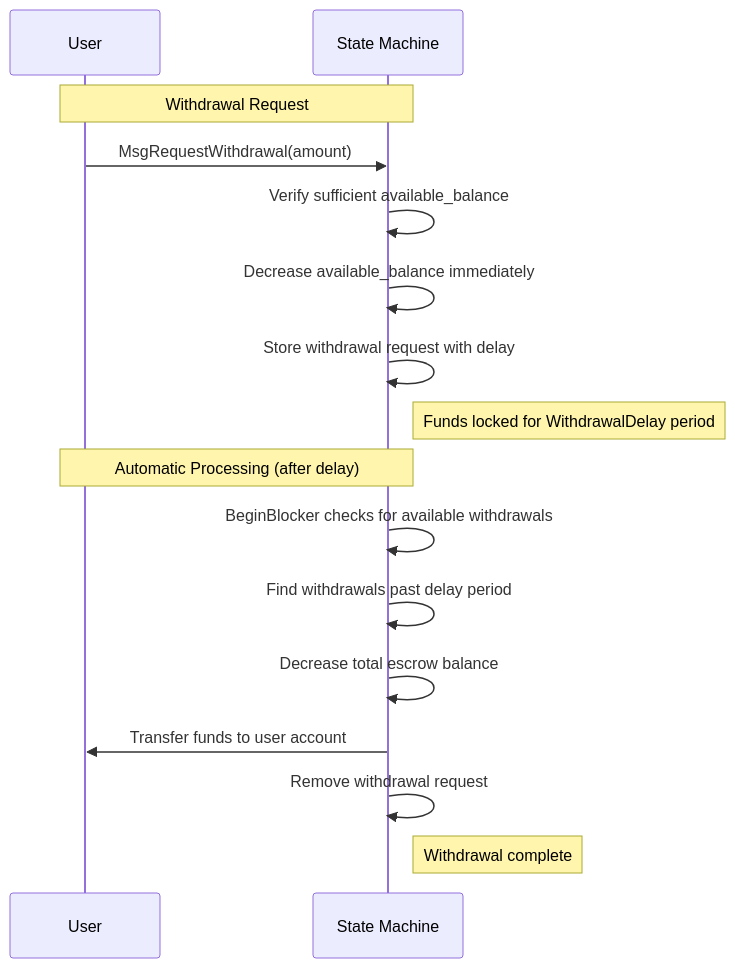
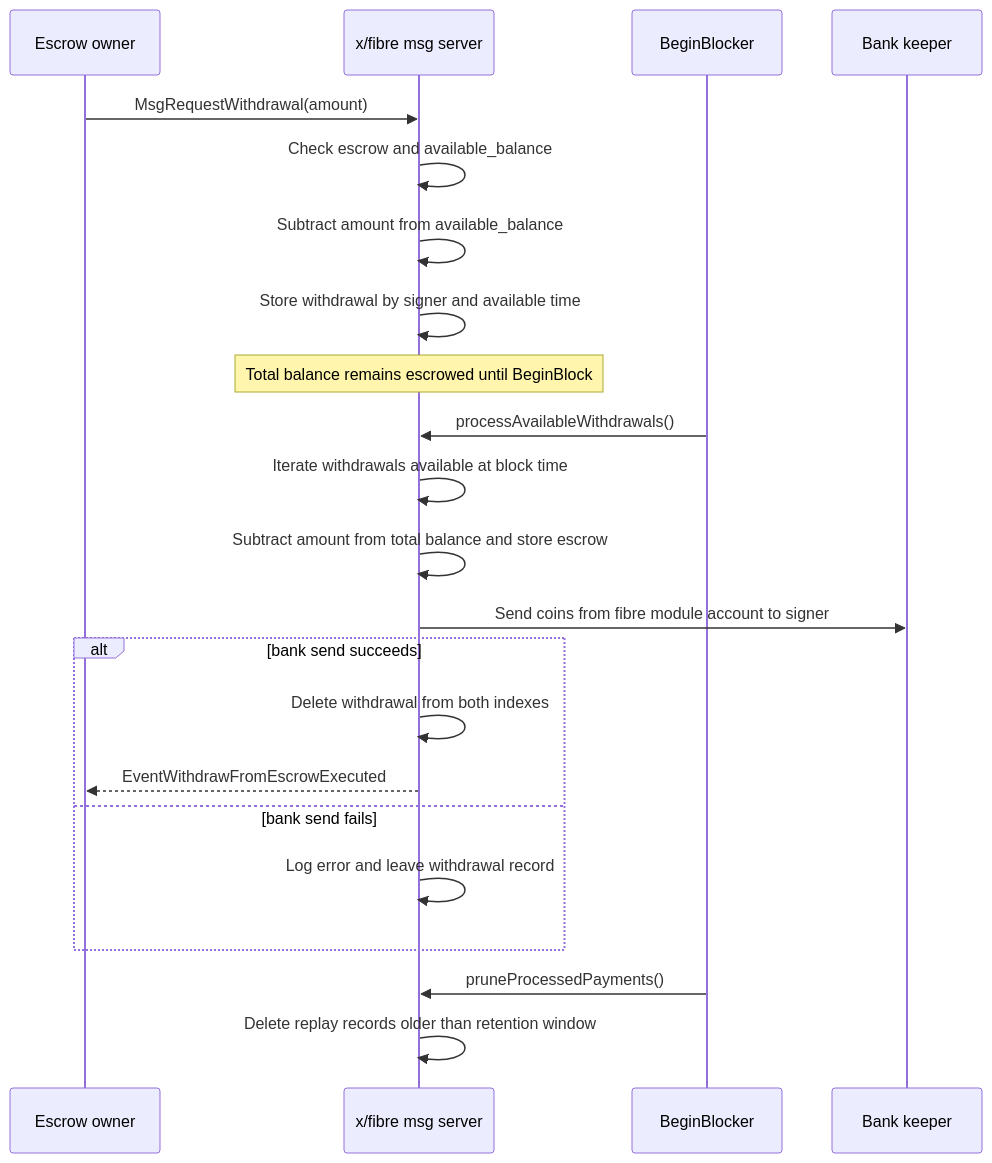
Before and after one commit to celestiaorg/celestia-app: the second of 2 diagrams in specs/src/fibre_module.md, drawn with Mermaid. The commit also changed other lines of this file and 4 other files, not shown here.

````diff
--- a/specs/src/fibre_module.md
+++ b/specs/src/fibre_module.md
@@ -131,20 +63,27 @@
 ```mermaid
 sequenceDiagram
-    participant U as User
-    participant SM as State Machine
+    participant C as Escrow owner
+    participant M as x/fibre msg server
+    participant B as BeginBlocker
+    participant Bank as Bank keeper
 
-    Note over U,SM: Withdrawal Request
-    U->>SM: MsgRequestWithdrawal(amount)
-    SM->>SM: Verify sufficient available_balance
-    SM->>SM: Decrease available_balance immediately
-    SM->>SM: Store withdrawal request with delay
-    Note right of SM: Funds locked for WithdrawalDelay period
+    C->>M: MsgRequestWithdrawal(amount)
+    M->>M: Check escrow and available_balance
+    M->>M: Subtract amount from available_balance
+    M->>M: Store withdrawal by signer and available time
+    Note over M: Total balance remains escrowed until BeginBlock
 
-    Note over U,SM: Automatic Processing (after delay)
-    SM->>SM: BeginBlocker checks for available withdrawals
-    SM->>SM: Find withdrawals past delay period
-    SM->>SM: Decrease total escrow balance
-    SM->>U: Transfer funds to user account
-    SM->>SM: Remove withdrawal request
-    Note right of SM: Withdrawal complete
+    B->>M: processAvailableWithdrawals()
+    M->>M: Iterate withdrawals available at block time
+    M->>M: Subtract amount from total balance and store escrow
+    M->>Bank: Send coins from fibre module account to signer
+    alt bank send succeeds
+        M->>M: Delete withdrawal from both indexes
+        M-->>C: EventWithdrawFromEscrowExecuted
+    else bank send fails
+        M->>M: Log error and leave withdrawal record
+    end
+
+    B->>M: pruneProcessedPayments()
+    M->>M: Delete replay records older than retention window
 ```
````
